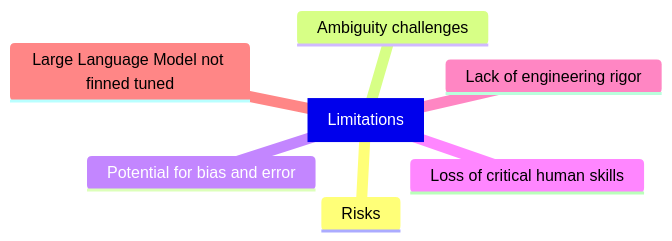
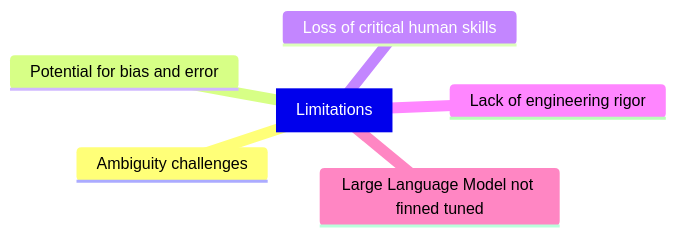
The third of 3 diagrams in 01-articles/crack_ai_code/README.md (raphaelmansuy/digital_palace), drawn with Mermaid before and after one commit.

Commit message:
Remove unnecessary content from the README.md file

````diff
--- a/01-articles/crack_ai_code/README.md
+++ b/01-articles/crack_ai_code/README.md
@@ -288,10 +288,9 @@
 ```mermaid
 mindmap
   root[Limitations]
-      Risks
       Ambiguity challenges
       Potential for bias and error
       Loss of critical human skills
       Lack of engineering rigor
     Large Language Model not finned tuned
 ```
````
